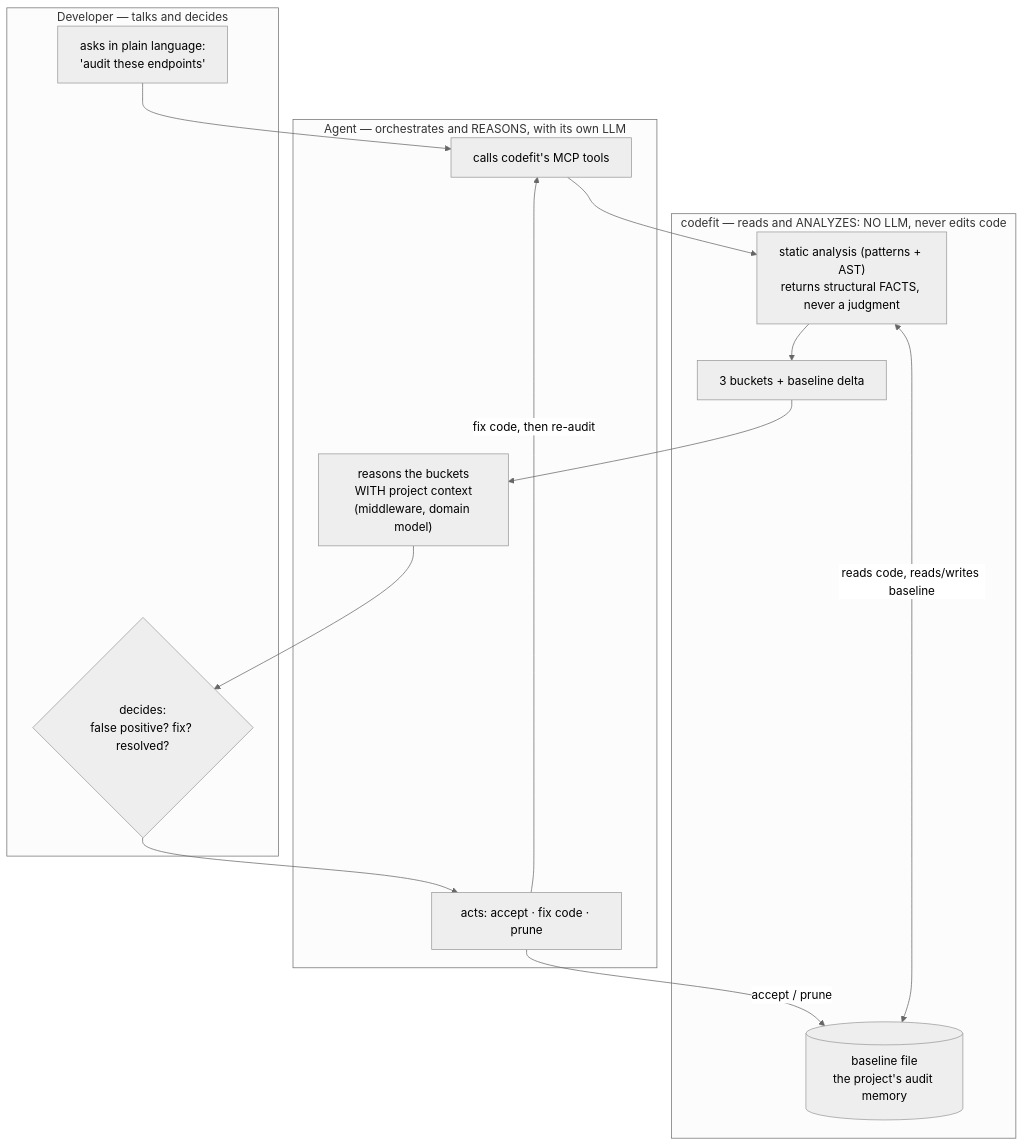
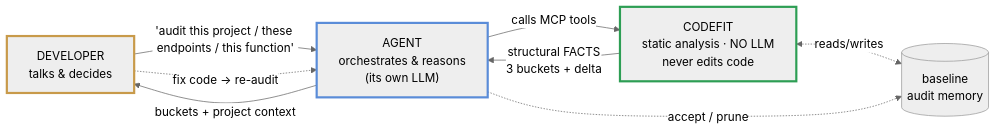
Before and after one commit to codefit-cli/codefit: the first of 2 diagrams in README.md, drawn with Mermaid (neutral theme). The commit also changed other lines of this file, not shown here.

Commit message:
docs(readme): dark-mode-safe diagrams with shared role palette
Replace the single TB flowchart with two consistent diagrams:
- A (zones, flowchart LR): colored borders only (amber/blue/green per
  role, baseline neutral) so text and fill follow the GitHub theme.
- B (loop, sequenceDiagram): same actors in the same order as A.
  GitHub Mermaid has no dark-safe per-actor stroke color in sequence
  diagrams, so correspondence to A's palette is by position.

````diff
--- a/README.md
+++ b/README.md
@@ -23,24 +26,19 @@
 ```mermaid
-flowchart TB
-  subgraph DEV["Developer — talks and decides"]
-    D1["asks in plain language:<br/>'audit these endpoints'"]
-    D2{"decides:<br/>false positive? fix? resolved?"}
-  end
+flowchart LR
+  DEV["DEVELOPER<br/>talks &amp; decides"]
+  AGENT["AGENT<br/>orchestrates &amp; reasons<br/>(its own LLM)"]
+  CF["CODEFIT<br/>static analysis · NO LLM<br/>never edits code"]
+  BL[("baseline<br/>audit memory")]
 
-  subgraph AGENT["Agent — orchestrates and REASONS, with its own LLM"]
-    A1["calls codefit's MCP tools"]
-    A2["reasons the buckets<br/>WITH project context<br/>(middleware, domain model)"]
-    A3["acts: accept · fix code · prune"]
-  end
+  DEV -->|"'audit this project / these endpoints / this function'"| AGENT
+  AGENT -->|calls MCP tools| CF
+  CF -->|"structural FACTS<br/>3 buckets + delta"| AGENT
+  AGENT -->|"buckets + project context"| DEV
+  CF <-.->|reads/writes| BL
+  DEV -.->|"fix code → re-audit"| AGENT
+  AGENT -.->|accept / prune| BL
 
-  subgraph CF["codefit — reads and ANALYZES: NO LLM, never edits code"]
-    C1["static analysis (patterns + AST)<br/>returns structural FACTS, never a judgment"]
-    C2["3 buckets + baseline delta"]
-    BL[("baseline file<br/>the project's audit memory")]
-  end
-
-  D1 --> A1 --> C1 --> C2 --> A2 --> D2 --> A3
-  A3 -->|accept / prune| BL
-  A3 -->|fix code, then re-audit| A1
-  C1 <-->|reads code, reads/writes baseline| BL
+  style DEV stroke:#c89a4a,stroke-width:3px
+  style AGENT stroke:#5a8cd8,stroke-width:3px
+  style CF stroke:#2d9e54,stroke-width:3px
 ```
````
